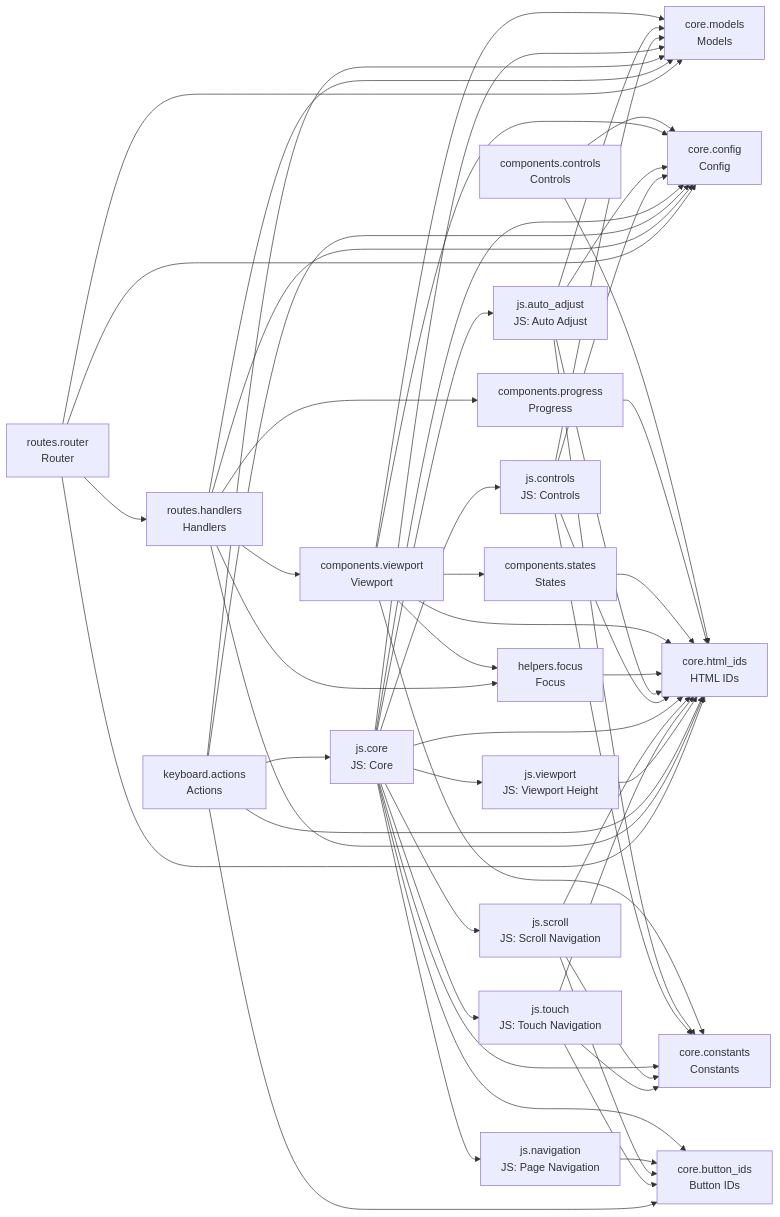
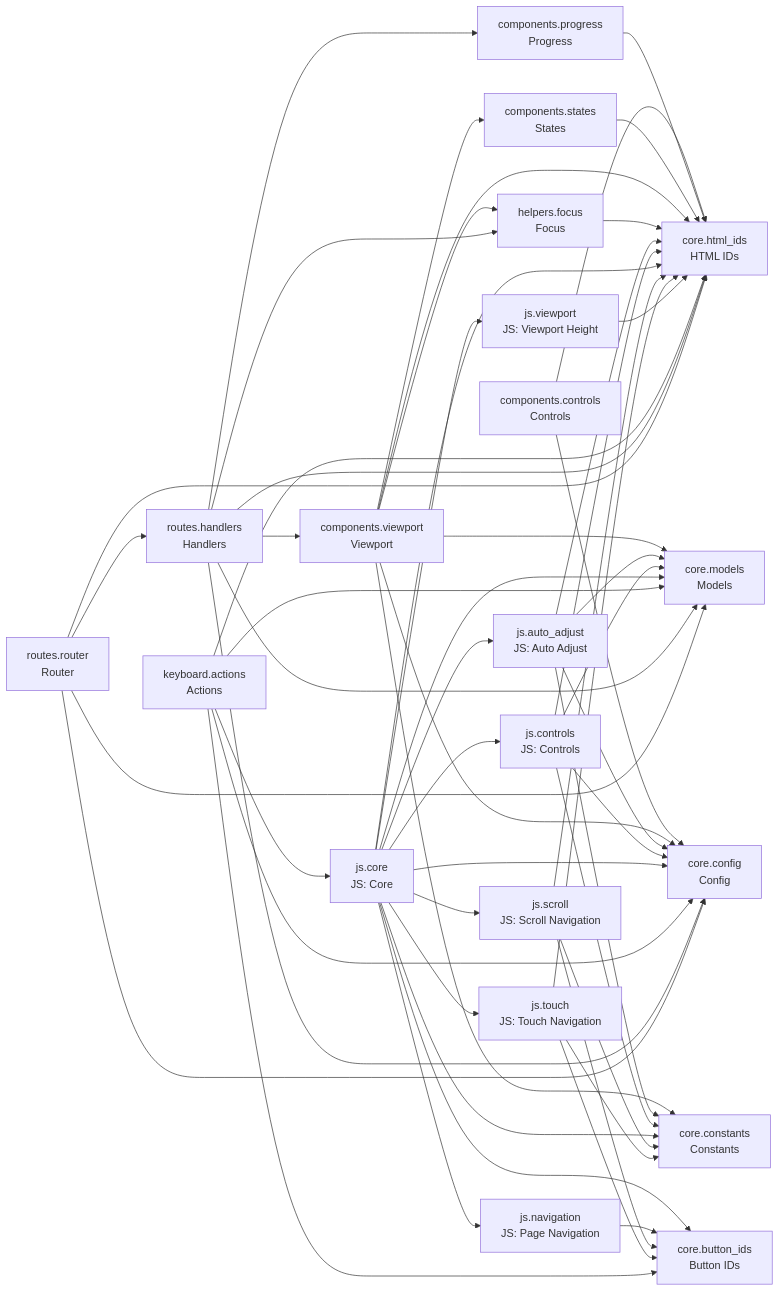
One commit to cj-mills/cjm-fasthtml-card-stack changed the diagram in README.md. Above: the diagram before and after it, drawn with Mermaid. The commit also changed other lines of this file and 3 other files, not shown here.

````diff
--- a/README.md
+++ b/README.md
@@ -46,77 +46,77 @@
 ``` mermaid
 graph LR
     components_controls[components.controls<br/>Controls]
     components_progress[components.progress<br/>Progress]
     components_states[components.states<br/>States]
     components_viewport[components.viewport<br/>Viewport]
     core_button_ids[core.button_ids<br/>Button IDs]
     core_config[core.config<br/>Config]
     core_constants[core.constants<br/>Constants]
     core_html_ids[core.html_ids<br/>HTML IDs]
     core_models[core.models<br/>Models]
     helpers_focus[helpers.focus<br/>Focus]
     js_auto_adjust[js.auto_adjust<br/>JS: Auto Adjust]
     js_controls[js.controls<br/>JS: Controls]
     js_core[js.core<br/>JS: Core]
     js_navigation[js.navigation<br/>JS: Page Navigation]
     js_scroll[js.scroll<br/>JS: Scroll Navigation]
     js_touch[js.touch<br/>JS: Touch Navigation]
     js_viewport[js.viewport<br/>JS: Viewport Height]
     keyboard_actions[keyboard.actions<br/>Actions]
     routes_handlers[routes.handlers<br/>Handlers]
     routes_router[routes.router<br/>Router]
 
     components_controls --> core_config
     components_controls --> core_html_ids
     components_progress --> core_html_ids
     components_states --> core_html_ids
+    components_viewport --> helpers_focus
     components_viewport --> core_models
-    components_viewport --> helpers_focus
+    components_viewport --> components_states
     components_viewport --> core_config
-    components_viewport --> components_states
+    components_viewport --> core_html_ids
     components_viewport --> core_constants
-    components_viewport --> core_html_ids
     helpers_focus --> core_html_ids
-    js_auto_adjust --> core_html_ids
     js_auto_adjust --> core_constants
     js_auto_adjust --> core_models
+    js_auto_adjust --> core_html_ids
     js_auto_adjust --> core_config
     js_controls --> core_constants
+    js_controls --> core_models
     js_controls --> core_html_ids
-    js_controls --> core_models
     js_controls --> core_config
+    js_core --> core_constants
+    js_core --> js_controls
     js_core --> js_navigation
-    js_core --> core_constants
     js_core --> core_models
-    js_core --> js_controls
     js_core --> core_config
+    js_core --> js_viewport
+    js_core --> js_scroll
+    js_core --> core_html_ids
     js_core --> core_button_ids
-    js_core --> js_scroll
+    js_core --> js_touch
     js_core --> js_auto_adjust
-    js_core --> core_html_ids
-    js_core --> js_touch
-    js_core --> js_viewport
     js_navigation --> core_button_ids
+    js_scroll --> core_html_ids
     js_scroll --> core_constants
-    js_scroll --> core_html_ids
     js_scroll --> core_button_ids
     js_touch --> core_constants
     js_touch --> core_html_ids
     js_touch --> core_button_ids
     js_viewport --> core_html_ids
+    keyboard_actions --> core_config
     keyboard_actions --> core_models
-    keyboard_actions --> core_config
+    keyboard_actions --> core_html_ids
+    keyboard_actions --> core_button_ids
     keyboard_actions --> js_core
-    keyboard_actions --> core_button_ids
-    keyboard_actions --> core_html_ids
+    routes_handlers --> helpers_focus
+    routes_handlers --> components_viewport
     routes_handlers --> core_models
     routes_handlers --> components_progress
     routes_handlers --> core_config
-    routes_handlers --> components_viewport
-    routes_handlers --> helpers_focus
     routes_handlers --> core_html_ids
+    routes_router --> routes_handlers
     routes_router --> core_models
     routes_router --> core_config
-    routes_router --> routes_handlers
     routes_router --> core_html_ids
 ```
````
